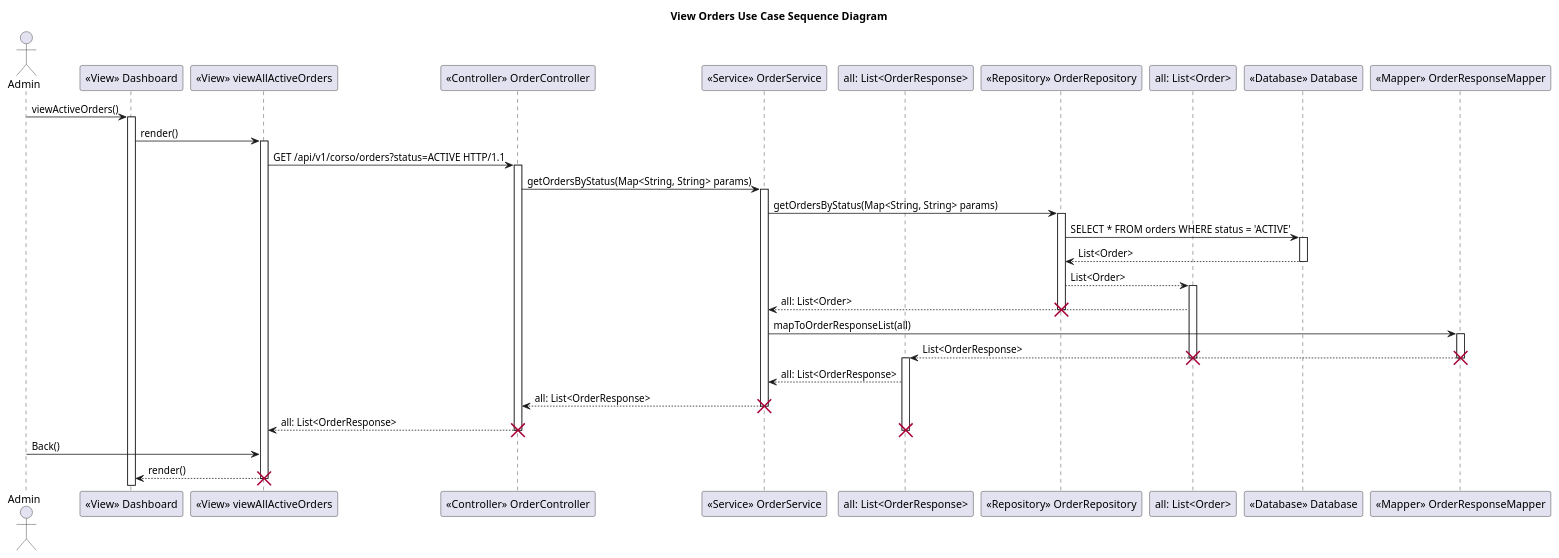
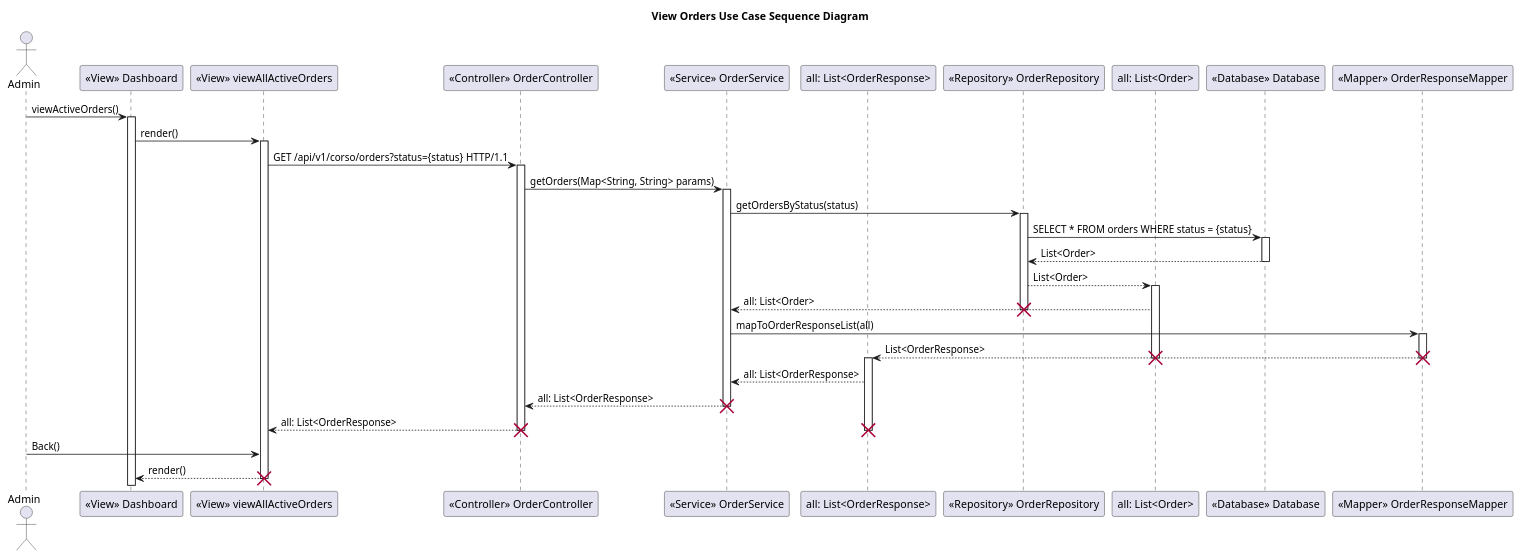
The diagram in Sprint_2/View_Orders/Design-lvl-SSD-View-All-Active.puml (DylanBrass/Corso-Website), drawn with PlantUML before and after one commit. The commit also changed 7 other files, not shown here.

Commit message:
Fixed diagrams

```diff
--- a/Sprint_2/View_Orders/Design-lvl-SSD-View-All-Active.puml
+++ b/Sprint_2/View_Orders/Design-lvl-SSD-View-All-Active.puml
@@ -1,84 +1,84 @@
 @startuml
 
 title View Orders Use Case Sequence Diagram
 
 actor Admin
 
 participant View as "<<View>> Dashboard"
 
 participant viewAllActiveOrders as "<<View>> viewAllActiveOrders"
 
 participant OrderController as "<<Controller>> OrderController"
 
 participant OrderService as "<<Service>> OrderService"
 
 participant allResponse as "all: List<OrderResponse>"
 
 participant OrderRepository as "<<Repository>> OrderRepository"
 
 participant allOrders as "all: List<Order>"
 
 participant Database as "<<Database>> Database"
 
 participant OrderResponseMapper as "<<Mapper>> OrderResponseMapper"
 
 Admin -> View: viewActiveOrders()
 activate View
 View -> viewAllActiveOrders: render()
 activate viewAllActiveOrders
-viewAllActiveOrders -> OrderController: GET /api/v1/corso/orders?status=ACTIVE HTTP/1.1
+viewAllActiveOrders -> OrderController: GET /api/v1/corso/orders?status={status} HTTP/1.1
 activate OrderController
-OrderController -> OrderService: getOrdersByStatus(Map<String, String> params)
+OrderController -> OrderService: getOrders(Map<String, String> params)
 
 activate OrderService
 
-OrderService -> OrderRepository: getOrdersByStatus(Map<String, String> params)
+OrderService -> OrderRepository: getOrdersByStatus(status)
 
 activate OrderRepository
 
-OrderRepository -> Database: SELECT * FROM orders WHERE status = 'ACTIVE'
+OrderRepository -> Database: SELECT * FROM orders WHERE status = {status}
 
 activate Database
 
 Database --> OrderRepository: List<Order>
 
 deactivate Database
 
 OrderRepository --> allOrders : List<Order>
 activate allOrders
 allOrders --> OrderService: all: List<Order>
 
 destroy OrderRepository
 
 OrderService -> OrderResponseMapper: mapToOrderResponseList(all)
 
 activate OrderResponseMapper
 
 OrderResponseMapper --> allResponse: List<OrderResponse>
 destroy allOrders
 
 activate allResponse
 
 destroy OrderResponseMapper
 
 allResponse --> OrderService : all: List<OrderResponse>
 
 OrderService --> OrderController : all: List<OrderResponse>
 
 destroy OrderService
 
 OrderController --> viewAllActiveOrders : all: List<OrderResponse>
 
 destroy allResponse
 destroy OrderController
 
 Admin -> viewAllActiveOrders: Back()
 
 viewAllActiveOrders --> View: render()
 destroy viewAllActiveOrders
 
 
 
 
 
 @endpuml
```
